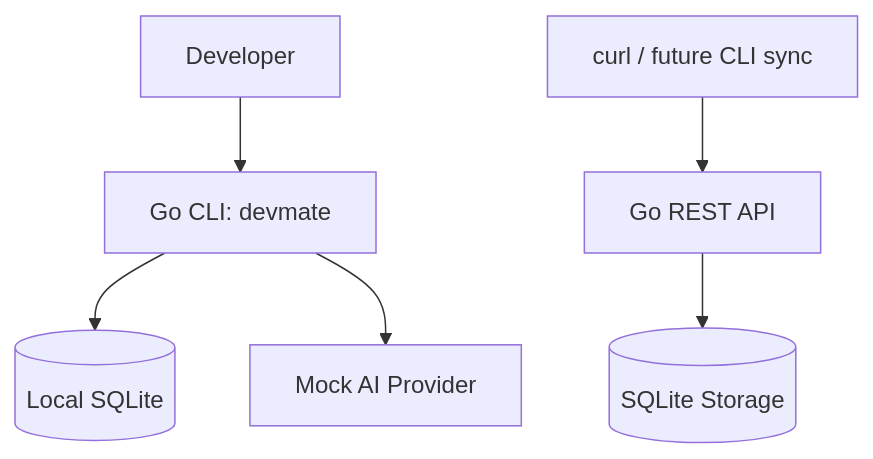
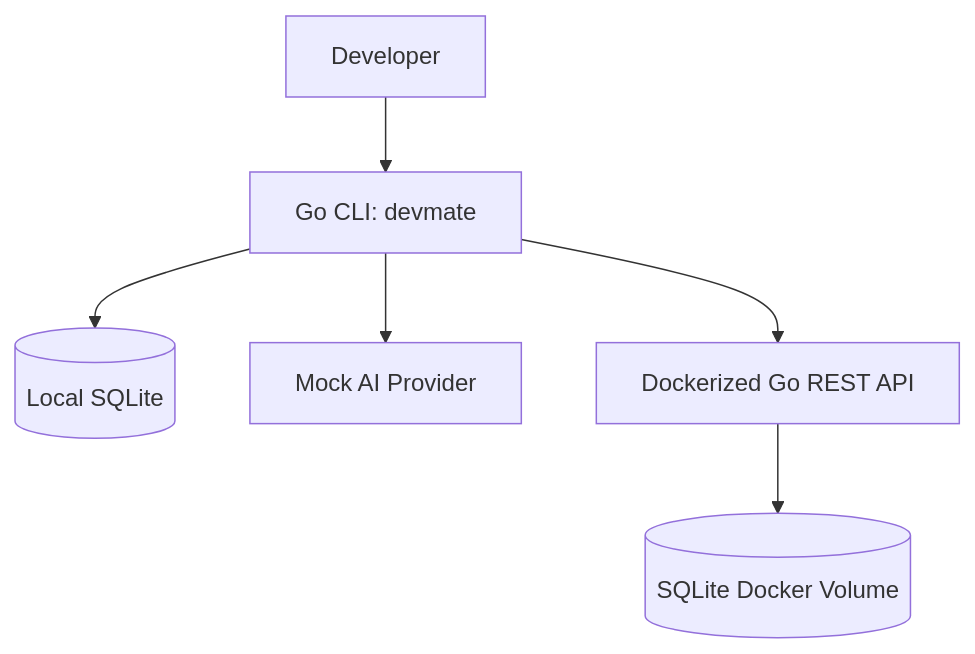
One commit to sorabhlahoti/devmate-ai changed the diagram in README.md. Above: the diagram before and after it, drawn with Mermaid. The commit also changed other lines of this file and 7 other files, not shown here.

````diff
--- a/README.md
+++ b/README.md
@@ -26,9 +30,8 @@
 ```mermaid
 flowchart TD
-  User[Developer] --> CLI[Go CLI: devmate]
-  CLI --> LocalDB[(Local SQLite)]
-  CLI --> AI[Mock AI Provider]
-
-  APIClient[curl / future CLI sync] --> API[Go REST API]
-  API --> APIStorage[(SQLite Storage)]
+    User[Developer] --> CLI[Go CLI: devmate]
+    CLI --> LocalDB[(Local SQLite)]
+    CLI --> MockAI[Mock AI Provider]
+    CLI --> API[Dockerized Go REST API]
+    API --> APIDB[(SQLite Docker Volume)]
 ```
````
